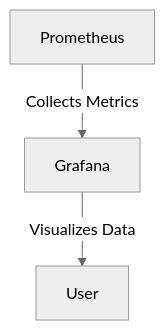
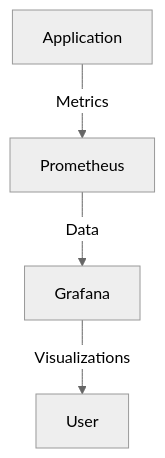
Before and after one commit to MasteryEducation/ClojureForJava.com: the diagram in content/3/23/3/index.md, drawn with Mermaid (neutral theme). The commit also changed other lines of this file and 74 other files, not shown here.

````diff
--- a/content/3/23/3/index.md
+++ b/content/3/23/3/index.md
@@ -117,5 +93,6 @@
 ```mermaid
 graph TD;
-    A[Prometheus] -->|Collects Metrics| B[Grafana];
-    B -->|Visualizes Data| C[User];
+    A[Application] -->|Metrics| B[Prometheus];
+    B -->|Data| C[Grafana];
+    C -->|Visualizations| D[User];
 ```
````
